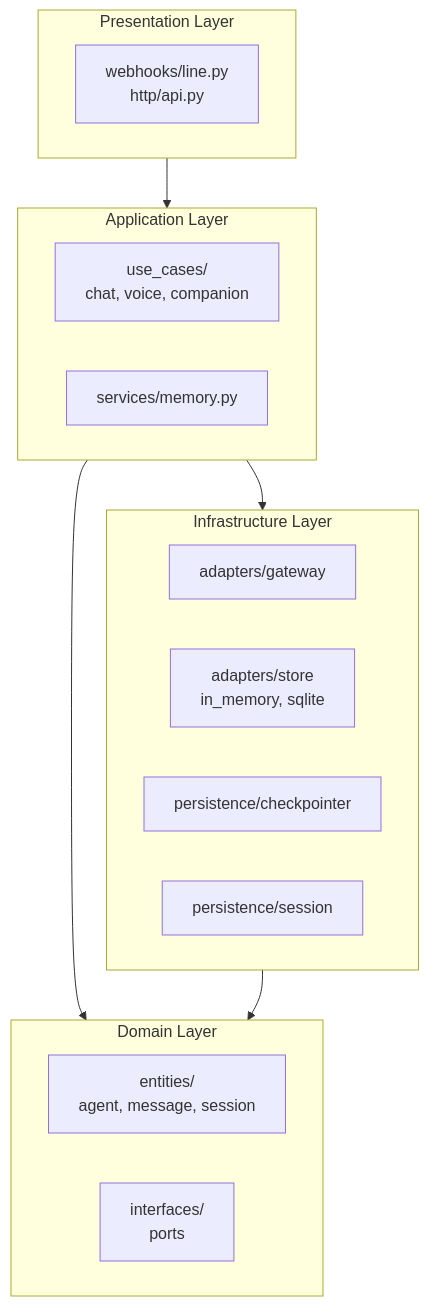
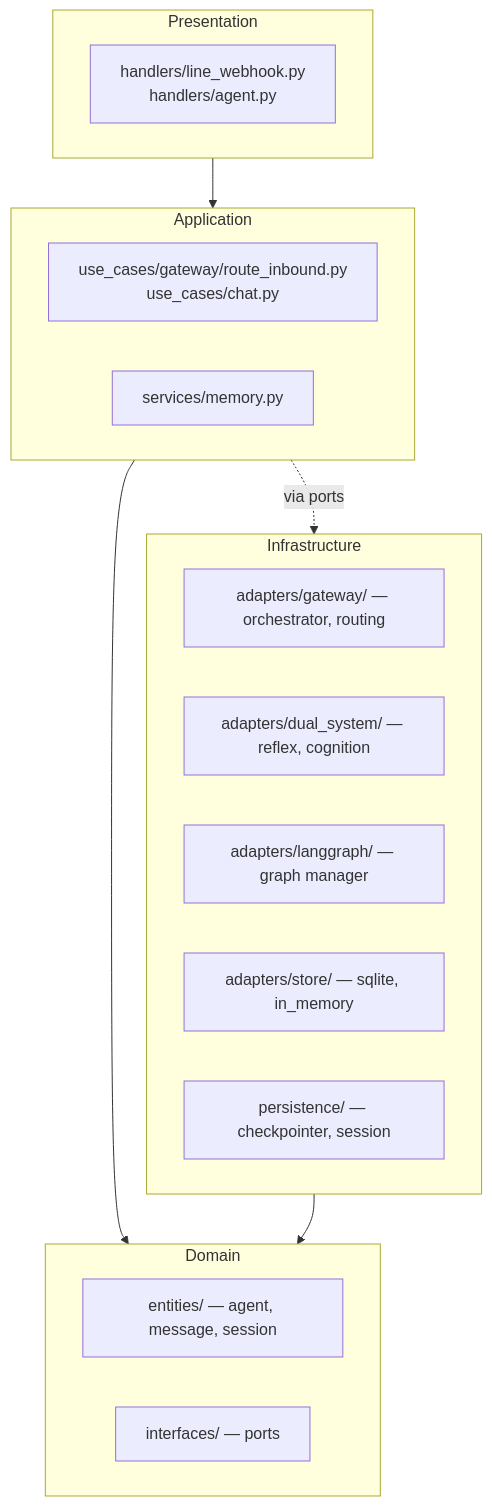
One commit to Jakkapat-Chongsuwat/homunculy changed the second of 2 diagrams in homunculy/README.md. Above: the diagram before and after it, drawn with Mermaid. The commit also changed other lines of this file and 35 other files, not shown here.

Commit message:
refactor(memory): homunculy: optimize and fix sqlite perf

````diff
--- a/homunculy/README.md
+++ b/homunculy/README.md
@@ -41,28 +33,29 @@
 ```mermaid
 graph TB
-    subgraph P[Presentation Layer]
-        HTTP[webhooks/line.py<br/>http/api.py]
+    subgraph Presentation
+        H[handlers/line_webhook.py<br/>handlers/agent.py]
     end
-    
-    subgraph A[Application Layer]
-        UC[use_cases/<br/>chat, voice, companion]
-        MS[services/memory.py]
+
+    subgraph Application
+        UC[use_cases/gateway/route_inbound.py<br/>use_cases/chat.py]
+        SV[services/memory.py]
     end
-    
-    subgraph I[Infrastructure Layer]
-        GW[adapters/gateway]
-        ST[adapters/store<br/>in_memory, sqlite]
-        CP[persistence/checkpointer]
-        SS[persistence/session]
+
+    subgraph Domain
+        E[entities/ — agent, message, session]
+        P[interfaces/ — ports]
     end
-    
-    subgraph D[Domain Layer]
-        E[entities/<br/>agent, message, session]
-        IF[interfaces/<br/>ports]
+
+    subgraph Infrastructure
+        GW[adapters/gateway/ — orchestrator, routing]
+        DS[adapters/dual_system/ — reflex, cognition]
+        LG[adapters/langgraph/ — graph manager]
+        ST[adapters/store/ — sqlite, in_memory]
+        PS[persistence/ — checkpointer, session]
     end
-    
-    P --> A
-    A --> I
-    A --> D
-    I --> D
+
+    Presentation --> Application
+    Application --> Domain
+    Infrastructure --> Domain
+    Application -.->|via ports| Infrastructure
 ```
````
